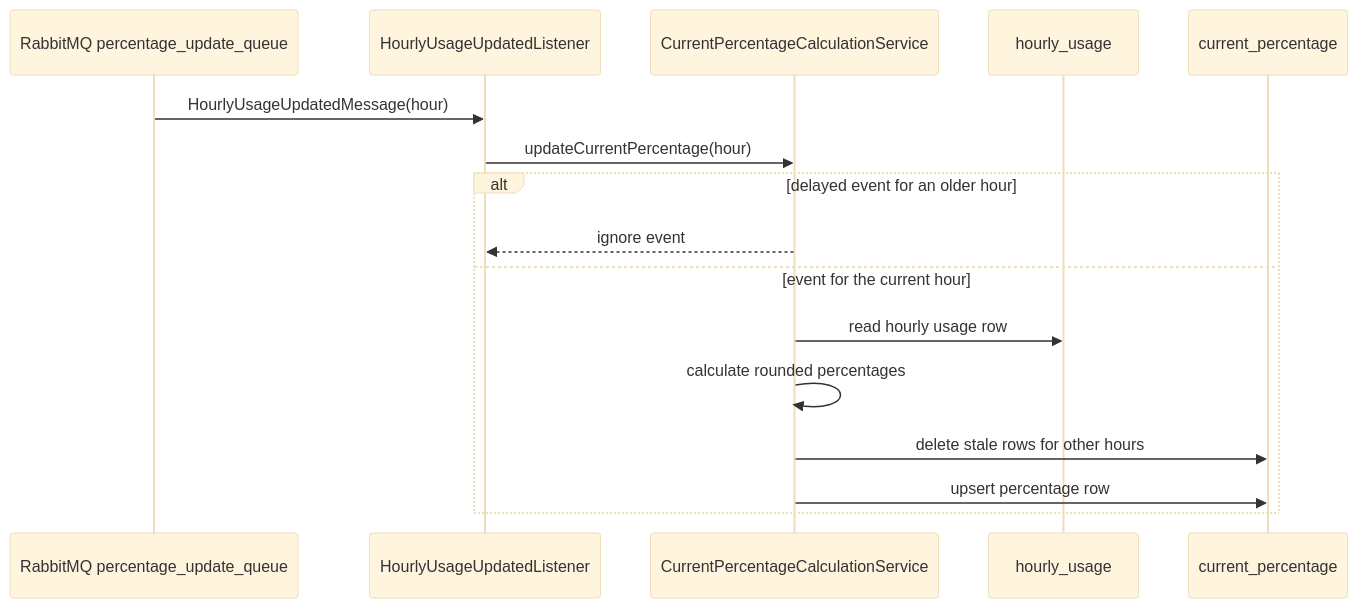
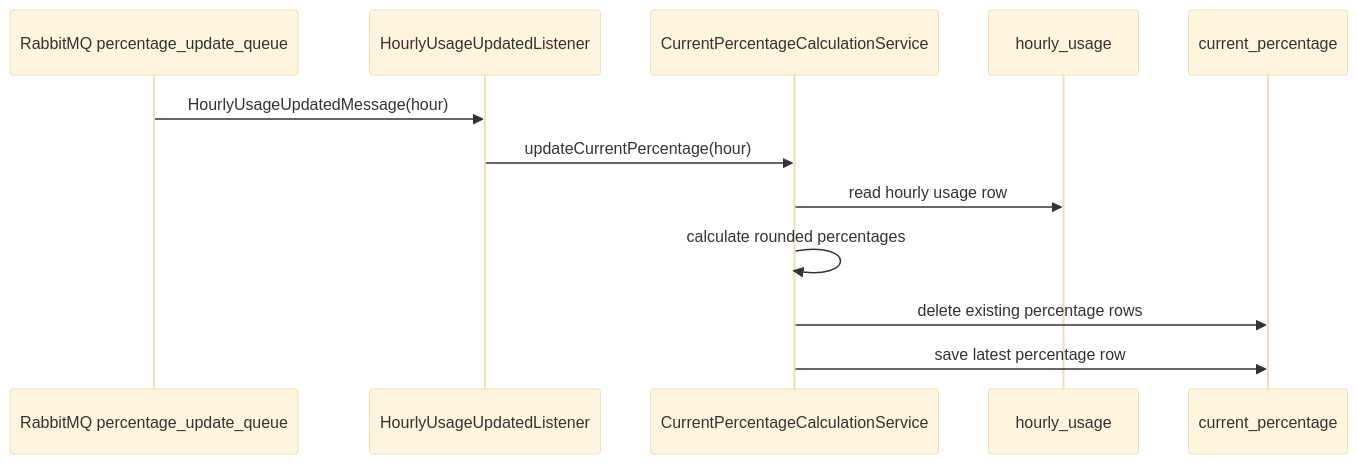
Before and after one commit to Dev02Liu/energy_community_project: the second of 2 diagrams in docs/modules-documentation/percentage-service.md, drawn with Mermaid (base theme). The commit also changed other lines of this file and 74 other files, not shown here.

````diff
--- a/docs/modules-documentation/percentage-service.md
+++ b/docs/modules-documentation/percentage-service.md
@@ -84,19 +84,15 @@
 ```mermaid
 sequenceDiagram
     participant Q as RabbitMQ percentage_update_queue
     participant L as HourlyUsageUpdatedListener
     participant S as CurrentPercentageCalculationService
     participant HU as hourly_usage
     participant CP as current_percentage
 
     Q->>L: HourlyUsageUpdatedMessage(hour)
     L->>S: updateCurrentPercentage(hour)
-    alt delayed event for an older hour
-        S-->>L: ignore event
-    else event for the current hour
     S->>HU: read hourly usage row
     S->>S: calculate rounded percentages
-    S->>CP: delete stale rows for other hours
-    S->>CP: upsert percentage row
-    end
+    S->>CP: delete existing percentage rows
+    S->>CP: save latest percentage row
 ```
````
